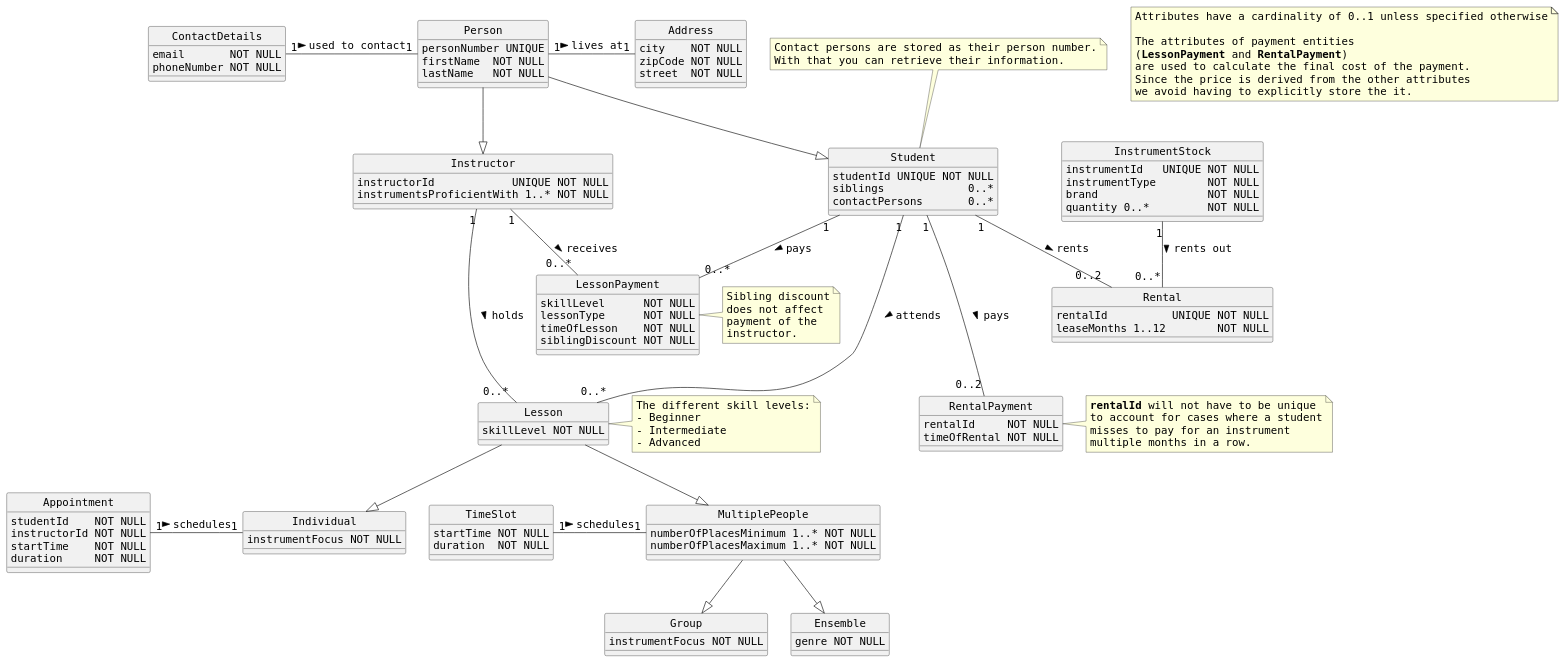
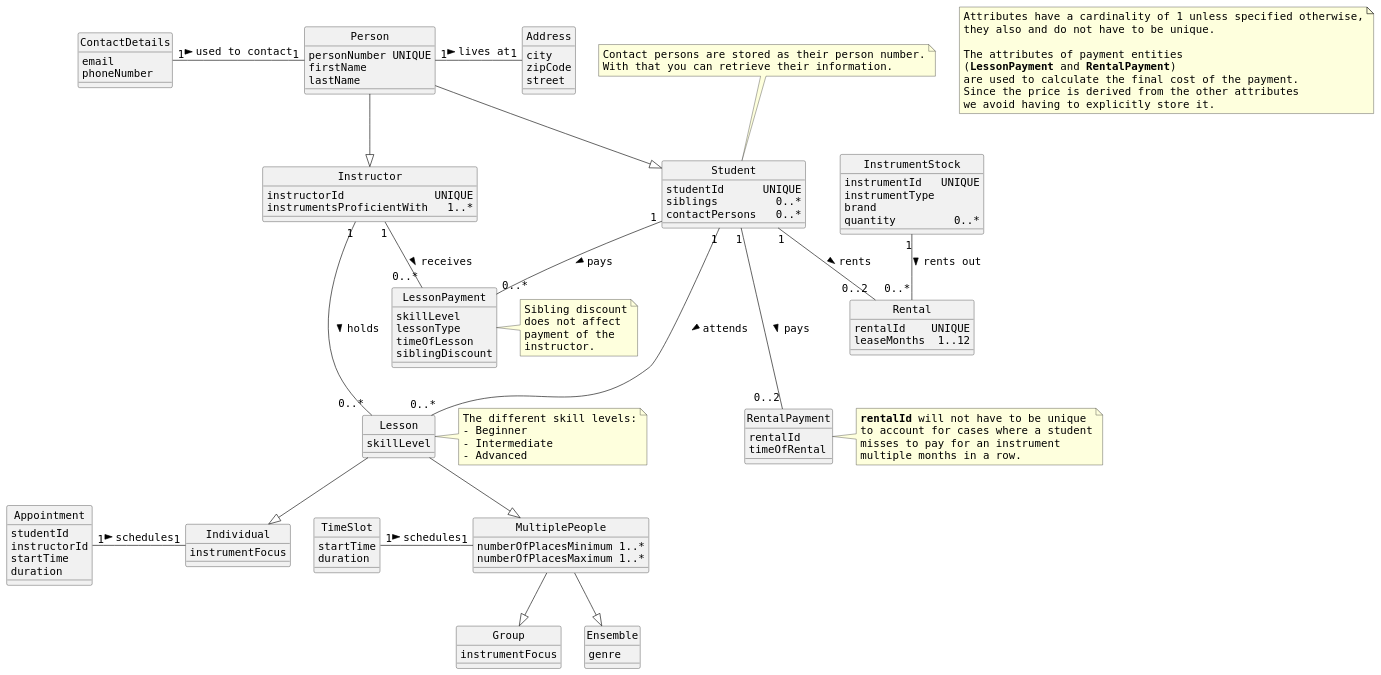
Before and after one commit to neogulgul/IV1351: the diagram in Seminar_1/uml/source/main.puml, drawn with PlantUML.

Commit message:
less NOT NULL

```diff
--- a/Seminar_1/uml/source/main.puml
+++ b/Seminar_1/uml/source/main.puml
@@ -1,196 +1,197 @@
 @startuml main
 
 '
 ' SETTINGS
 '
 
 hide circle
 
-skinparam DefaultFontName Monospaced
-skinparam DefaultFontSize 16
+skinparam DefaultFontName  Monospaced
+skinparam DefaultFontSize  16
 skinparam DefaultFontStyle plain
 
 '
 ' ENTITIES
 '
 
 entity "Lesson" as lesson
 {
-	skillLevel NOT NULL
+	skillLevel
 }
 
 entity "LessonPayment" as lessonPayment
 {
-	skillLevel      NOT NULL
-	lessonType      NOT NULL
-	timeOfLesson    NOT NULL
-	siblingDiscount NOT NULL
+	skillLevel
+	lessonType
+	timeOfLesson
+	siblingDiscount
 }
 
 entity "Individual" as lessonIndividual
 {
-	instrumentFocus NOT NULL
+	instrumentFocus
 }
 
 entity "MultiplePeople" as lessonMultiplePeople
 {
-	numberOfPlacesMinimum 1..* NOT NULL
-	numberOfPlacesMaximum 1..* NOT NULL
+	numberOfPlacesMinimum 1..*
+	numberOfPlacesMaximum 1..*
 }
 
 entity "Group" as lessonGroup
 {
-	instrumentFocus NOT NULL
+	instrumentFocus
 }
 
 entity "Ensemble" as lessonEnsemble
 {
-	genre NOT NULL
+	genre
 }
 
 entity "Appointment" as appointment
 {
-	studentId    NOT NULL
-	instructorId NOT NULL
-	startTime    NOT NULL
-	duration     NOT NULL
+	studentId
+	instructorId
+	startTime
+	duration
 }
 
 entity "TimeSlot" as timeSlot
 {
-	startTime NOT NULL
-	duration  NOT NULL
+	startTime
+	duration
 }
 
 entity "Person" as person
 {
 	personNumber UNIQUE
-	firstName  NOT NULL
-	lastName   NOT NULL
+	firstName
+	lastName
 }
 
 entity "Address" as address
 {
-	city    NOT NULL
-	zipCode NOT NULL
-	street  NOT NULL
+	city
+	zipCode
+	street
 }
 
 entity "ContactDetails" as contact
 {
-	email       NOT NULL
-	phoneNumber NOT NULL
+	email
+	phoneNumber
 }
 
 entity "Student" as student
 {
-	studentId UNIQUE NOT NULL
-	siblings             0..*
-	contactPersons       0..*
+	studentId      UNIQUE
+	siblings         0..*
+	contactPersons   0..*
 }
 
 entity "Instructor" as instructor
 {
-	instructorId            UNIQUE NOT NULL
-	instrumentsProficientWith 1..* NOT NULL
+	instructorId              UNIQUE
+	instrumentsProficientWith   1..*
 }
 
 entity "InstrumentStock" as instrumentStock
 {
-	instrumentId   UNIQUE NOT NULL
-	instrumentType        NOT NULL
-	brand                 NOT NULL
-	quantity 0..*         NOT NULL
+	instrumentId   UNIQUE
+	instrumentType
+	brand
+	quantity         0..*
 }
 
 entity "Rental" as rental
 {
-	rentalId          UNIQUE NOT NULL
-	leaseMonths 1..12        NOT NULL
+	rentalId    UNIQUE
+	leaseMonths  1..12
 }
 
 entity "RentalPayment" as rentalPayment
 {
-	rentalId     NOT NULL
-	timeOfRental NOT NULL
+	rentalId
+	timeOfRental
 }
 
 '
 ' RELATIONS
 '
 
 lesson --|> lessonIndividual
 
 lesson --|> lessonMultiplePeople
 
 lessonMultiplePeople --|> lessonGroup
 
 lessonMultiplePeople --|> lessonEnsemble
 
 person --|> student
 
 person --|> instructor
 
 person "1" - "1" address : lives at >
 
 contact "1" - "1" person : used to contact >
 
 student "1" --- "0..*" lesson : attends >
 
 student "1" -- "0..2" rental : rents >
 
 student "1" -- "0..*" lessonPayment : pays >
 
 student "1" --- "0..2" rentalPayment : pays >
 
 instructor "1" -- "0..*" lessonPayment : receives >
 
 instructor "1" --- "0..*" lesson : holds >
 
 instrumentStock "1" -- "0..*" rental : rents out >
 
 appointment "1" - "1" lessonIndividual : schedules >
 
 timeSlot "1" - "1" lessonMultiplePeople : schedules >
 
 '
 ' NOTES
 '
 
 note as N1
-	Attributes have a cardinality of 0..1 unless specified otherwise
+	Attributes have a cardinality of 1 unless specified otherwise,
+	they also and do not have to be unique.
 
 	The attributes of payment entities
 	(**LessonPayment** and **RentalPayment**)
 	are used to calculate the final cost of the payment.
 	Since the price is derived from the other attributes
-	we avoid having to explicitly store the it.
+	we avoid having to explicitly store it.
 end note
 
 note right of lesson
 	The different skill levels:
 	- Beginner
 	- Intermediate
 	- Advanced
 end note
 
 note right of lessonPayment
 	Sibling discount
 	does not affect
 	payment of the
 	instructor.
 end note
 
 note right of rentalPayment
 	**rentalId** will not have to be unique
 	to account for cases where a student
 	misses to pay for an instrument
 	multiple months in a row.
 end note
 
 note top of student
 	Contact persons are stored as their person number.
 	With that you can retrieve their information.
 end note
 
 @enduml
```
